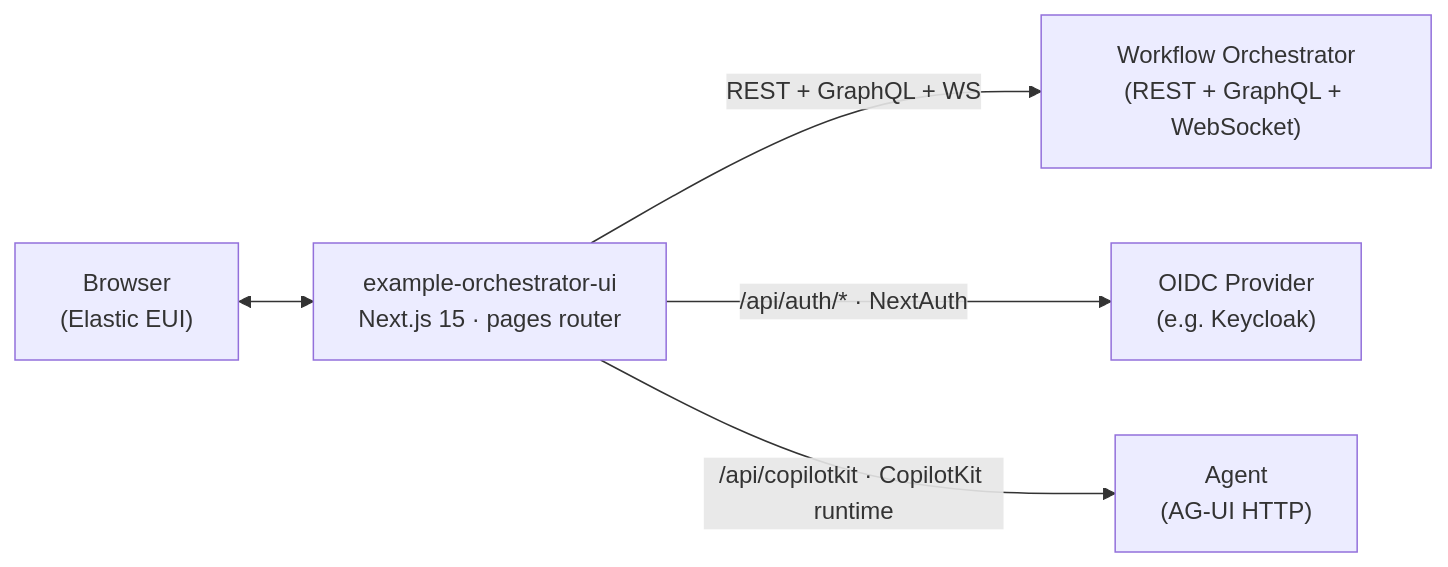
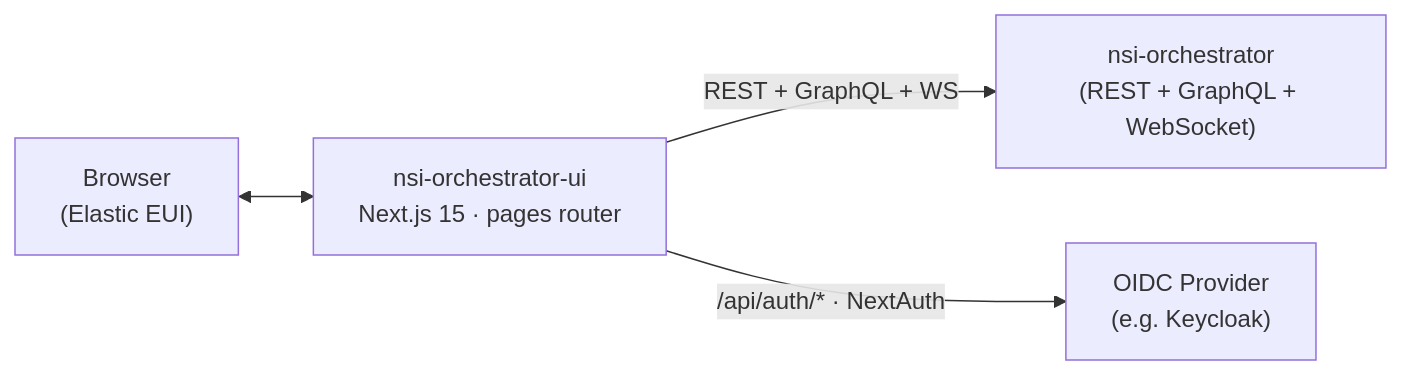
The diagram in README.md (workfloworchestrator/nsi-orchestrator-ui), drawn with Mermaid before and after one commit. The commit also changed other lines of this file and 1 other file, not shown here.

First line of the commit message:
Rewrite README for NSI and add CLAUDE.md

````diff
--- a/README.md
+++ b/README.md
@@ -57,13 +57,11 @@
 ```mermaid
 flowchart LR
     Browser["Browser<br/>(Elastic EUI)"]
-    UI["example-orchestrator-ui<br/>Next.js 15 · pages router"]
-    Backend["Workflow Orchestrator<br/>(REST + GraphQL + WebSocket)"]
+    UI["nsi-orchestrator-ui<br/>Next.js 15 · pages router"]
+    Backend["nsi-orchestrator<br/>(REST + GraphQL + WebSocket)"]
     OIDC["OIDC Provider<br/>(e.g. Keycloak)"]
-    Agent["Agent<br/>(AG-UI HTTP)"]
 
     Browser <--> UI
     UI -->|REST + GraphQL + WS| Backend
     UI -->|/api/auth/* · NextAuth| OIDC
-    UI -->|/api/copilotkit · CopilotKit runtime| Agent
 ```
````
